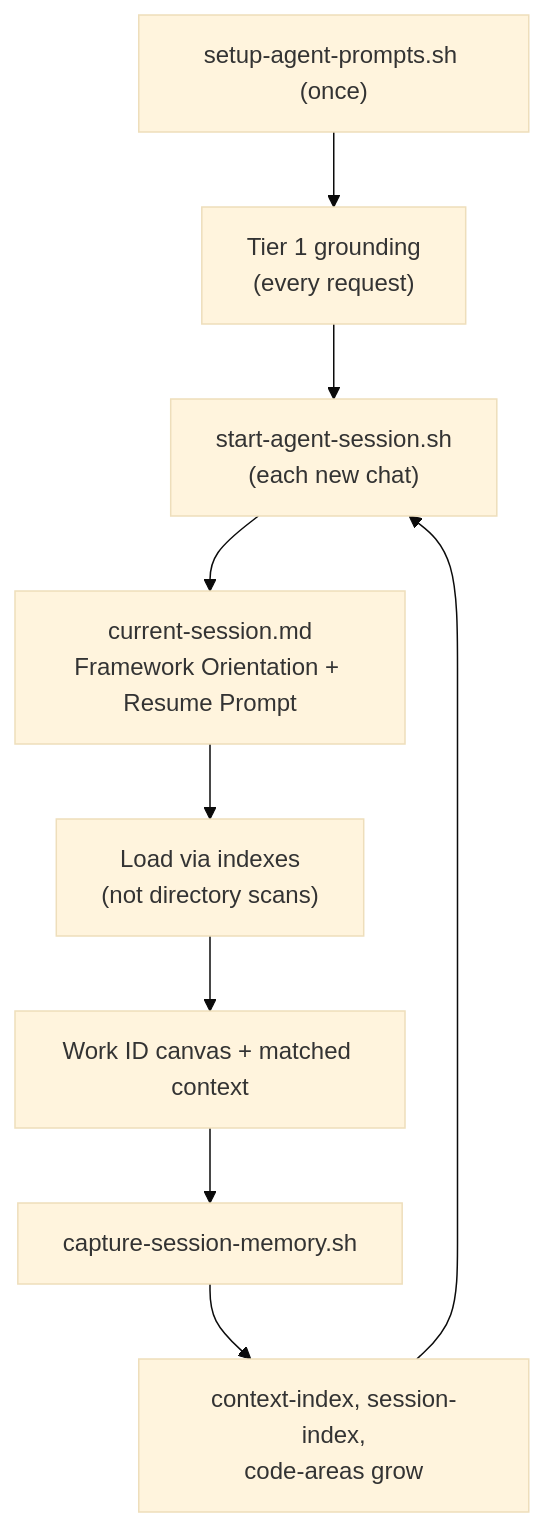
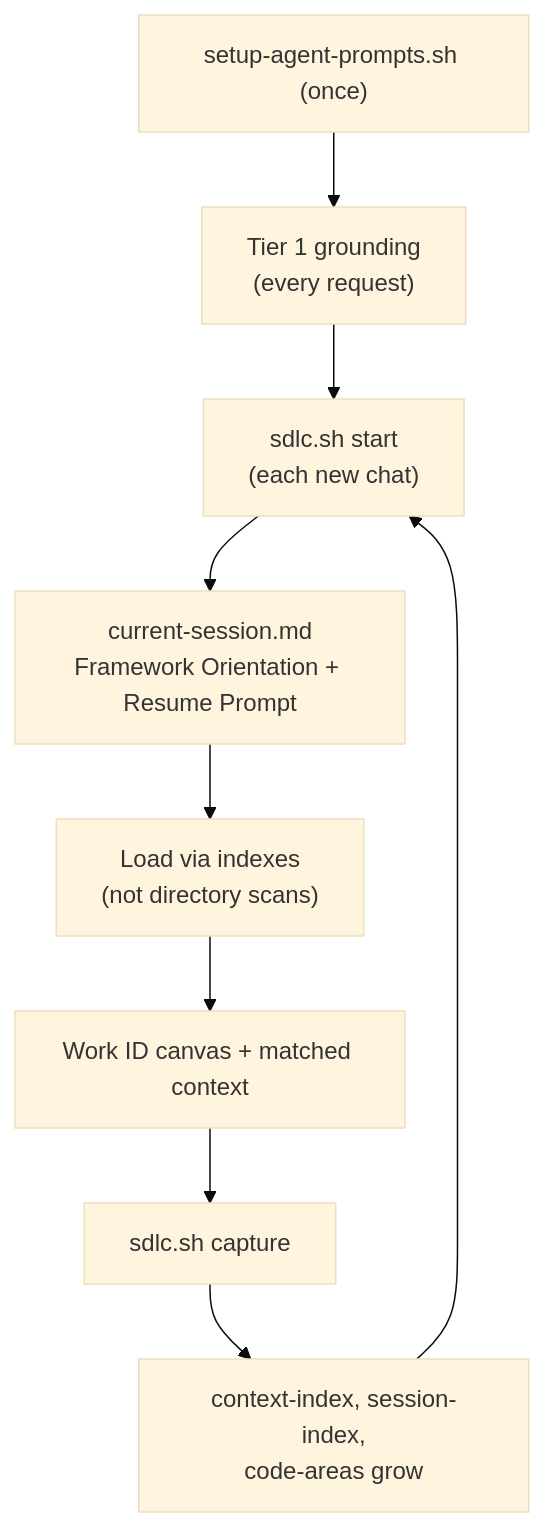
The diagram in docs/context-loading-and-scaling.md (jmjava/sdlc-spdd-orchestrator), drawn with Mermaid (base theme) before and after one commit. The commit also changed other lines of this file and 30 other files, not shown here.

````diff
--- a/docs/context-loading-and-scaling.md
+++ b/docs/context-loading-and-scaling.md
@@ -105,11 +107,11 @@
 ```mermaid
 flowchart TD
   Install["setup-agent-prompts.sh (once)"] --> Grounding["Tier 1 grounding\n(every request)"]
-  Grounding --> SessionStart["start-agent-session.sh\n(each new chat)"]
+  Grounding --> SessionStart["sdlc.sh start\n(each new chat)"]
   SessionStart --> Brief["current-session.md\nFramework Orientation + Resume Prompt"]
   Brief --> Indexes["Load via indexes\n(not directory scans)"]
   Indexes --> Work["Work ID canvas + matched context"]
-  Work --> Capture["capture-session-memory.sh"]
+  Work --> Capture["sdlc.sh capture"]
   Capture --> Grow["context-index, session-index,\ncode-areas grow"]
   Grow --> SessionStart
 ```
````
